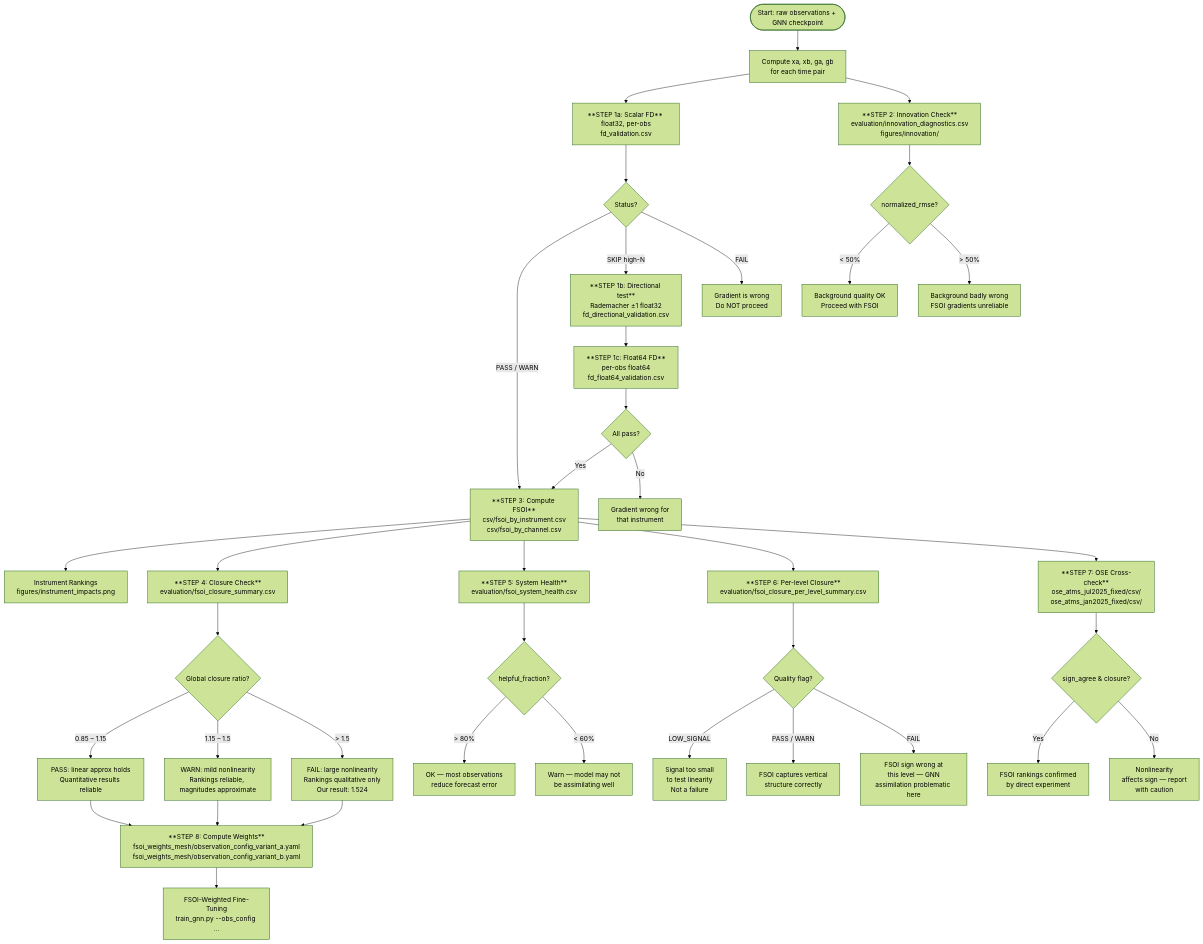
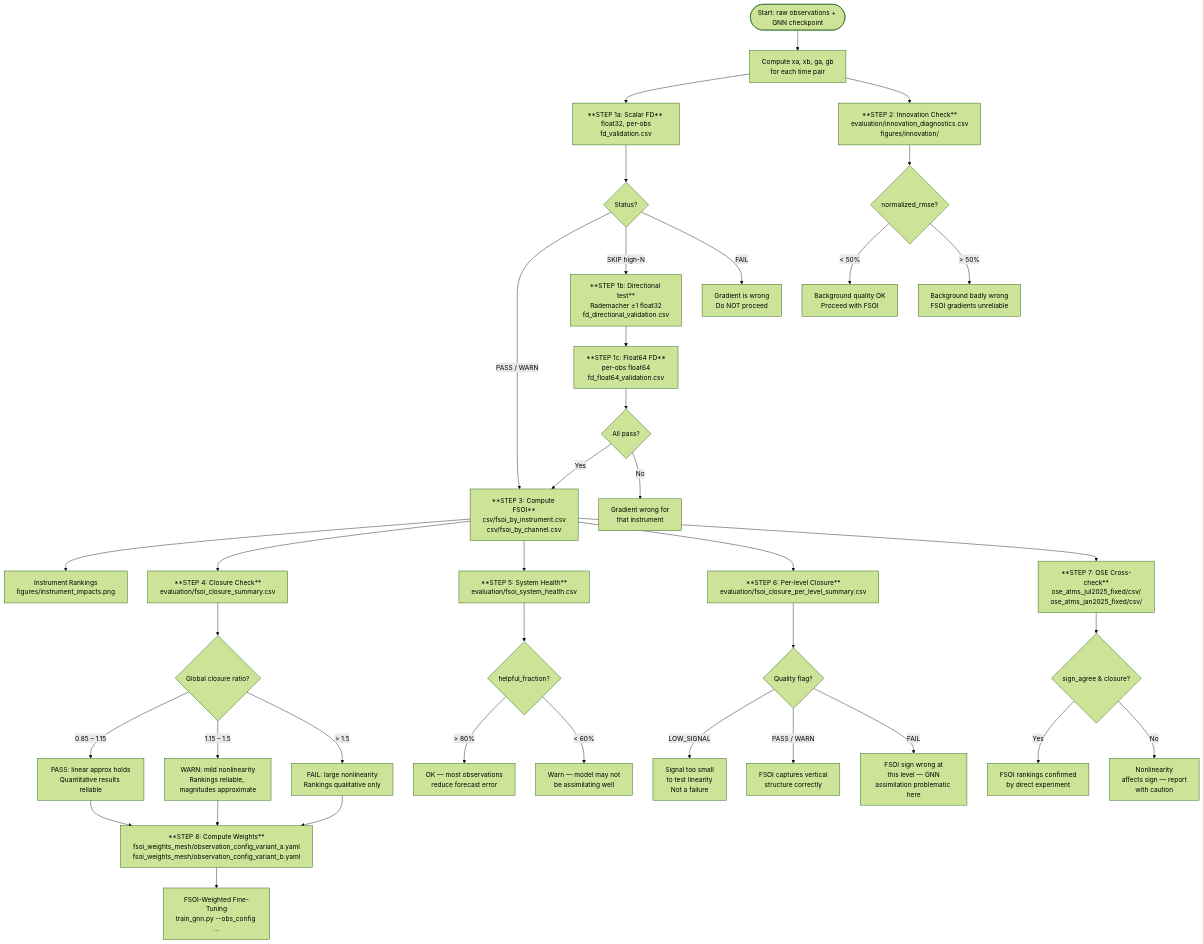
One commit to NOAA-EMC/ocelot changed the diagram in gnn_model/FSOI/docs/FSOI_OUTPUTS_GUIDE.md. Above: the diagram before and after it, drawn with Mermaid (forest theme). The commit also changed other lines of this file and 26 other files, not shown here.

````diff
--- a/gnn_model/FSOI/docs/FSOI_OUTPUTS_GUIDE.md
+++ b/gnn_model/FSOI/docs/FSOI_OUTPUTS_GUIDE.md
@@ -21,46 +17,46 @@
 ```mermaid
 flowchart TD
     A([Start: raw observations + GNN checkpoint]) --> B[Compute xa, xb, ga, gb\nfor each time pair]
 
     B --> FD[**STEP 1a: Scalar FD** float32, per-obs\nfd_validation.csv]
     FD --> FD1{Status?}
     FD1 -->|PASS / WARN| C
     FD1 -->|SKIP high-N| FD2A[**STEP 1b: Directional test**\nRademacher ±1 float32\nfd_directional_validation.csv]
     FD2A --> FD2B[**STEP 1c: Float64 FD**\nper-obs float64\nfd_float64_validation.csv]
     FD2B --> FD2C{All pass?}
     FD2C -->|Yes| C
     FD2C -->|No| FD3B[Gradient wrong for\nthat instrument]
     FD1 -->|FAIL| FD3[Gradient is wrong\nDo NOT proceed]
 
     B --> INN[**STEP 2: Innovation Check**\nevaluation/innovation_diagnostics.csv\nfigures/innovation/]
     INN --> INN1{normalized_rmse?}
     INN1 -->|< 50%| INN2[Background quality OK\nProceed with FSOI]
     INN1 -->|> 50%| INN3[Background badly wrong\nFSOI gradients unreliable]
 
     C[**STEP 3: Compute FSOI**\ncsv/fsoi_by_instrument.csv\ncsv/fsoi_by_channel.csv] --> RANK[Instrument Rankings\nfigures/instrument_impacts.png]
 
     C --> CLOS[**STEP 4: Closure Check**\nevaluation/fsoi_closure_summary.csv]
     CLOS --> CLOS1{Global closure ratio?}
     CLOS1 -->|0.85 – 1.15| CLOS2[PASS: linear approx holds\nQuantitative results reliable]
     CLOS1 -->|1.15 – 1.5| CLOS3[WARN: mild nonlinearity\nRankings reliable, magnitudes approximate]
-    CLOS1 -->|> 1.5| CLOS4[FAIL: large nonlinearity\nRankings qualitative only\nOur result: 1.524]
+    CLOS1 -->|> 1.5| CLOS4[FAIL: large nonlinearity\nRankings qualitative only]
 
     C --> HLTH[**STEP 5: System Health**\nevaluation/fsoi_system_health.csv]
     HLTH --> HLTH1{helpful_fraction?}
     HLTH1 -->|> 80%| HLTH2[OK — most observations\nreduce forecast error]
     HLTH1 -->|< 60%| HLTH3[Warn — model may not\nbe assimilating well]
 
     C --> LVLS[**STEP 6: Per-level Closure**\nevaluation/fsoi_closure_per_level_summary.csv]
     LVLS --> LVLS1{Quality flag?}
     LVLS1 -->|LOW_SIGNAL| LVLS2[Signal too small\nto test linearity\nNot a failure]
     LVLS1 -->|PASS / WARN| LVLS3[FSOI captures vertical\nstructure correctly]
     LVLS1 -->|FAIL| LVLS4[FSOI sign wrong at\nthis level — GNN\nassimilation problematic here]
 
     C --> OSE[**STEP 7: OSE Cross-check**\nose_atms_jul2025_fixed/csv/\nose_atms_jan2025_fixed/csv/]
     OSE --> OSE1{sign_agree & closure?}
     OSE1 -->|Yes| OSE2[FSOI rankings confirmed\nby direct experiment]
     OSE1 -->|No| OSE3[Nonlinearity\naffects sign — report\nwith caution]
 
     CLOS2 & CLOS3 & CLOS4 --> WT[**STEP 8: Compute Weights**\nfsoi_weights_mesh/observation_config_variant_a.yaml\nfsoi_weights_mesh/observation_config_variant_b.yaml]
     WT --> TUNE[FSOI-Weighted Fine-Tuning\ntrain_gnn.py --obs_config ...]
 ```
````
